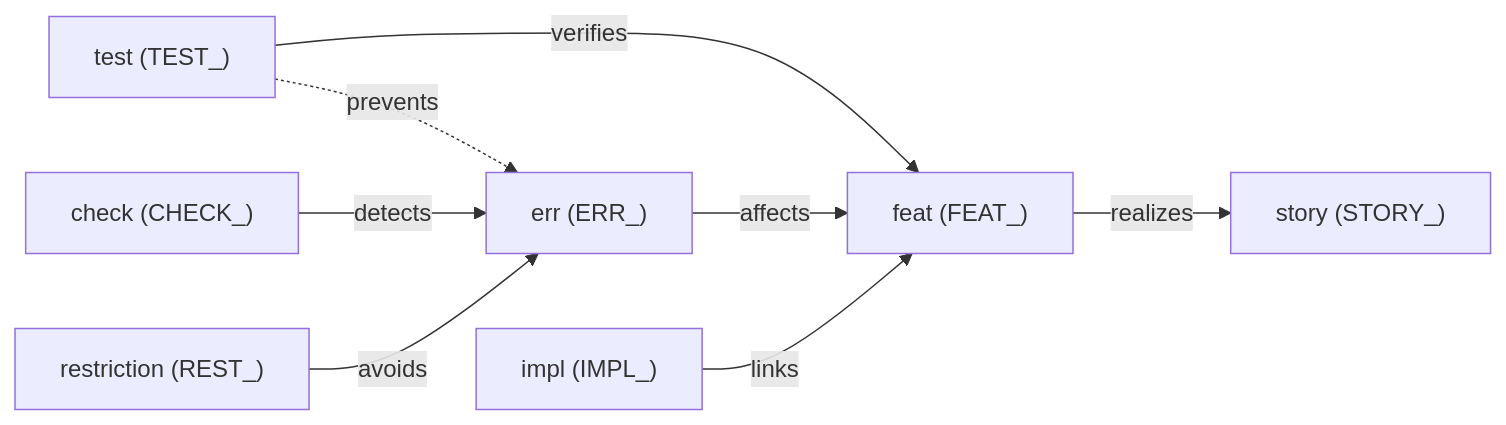
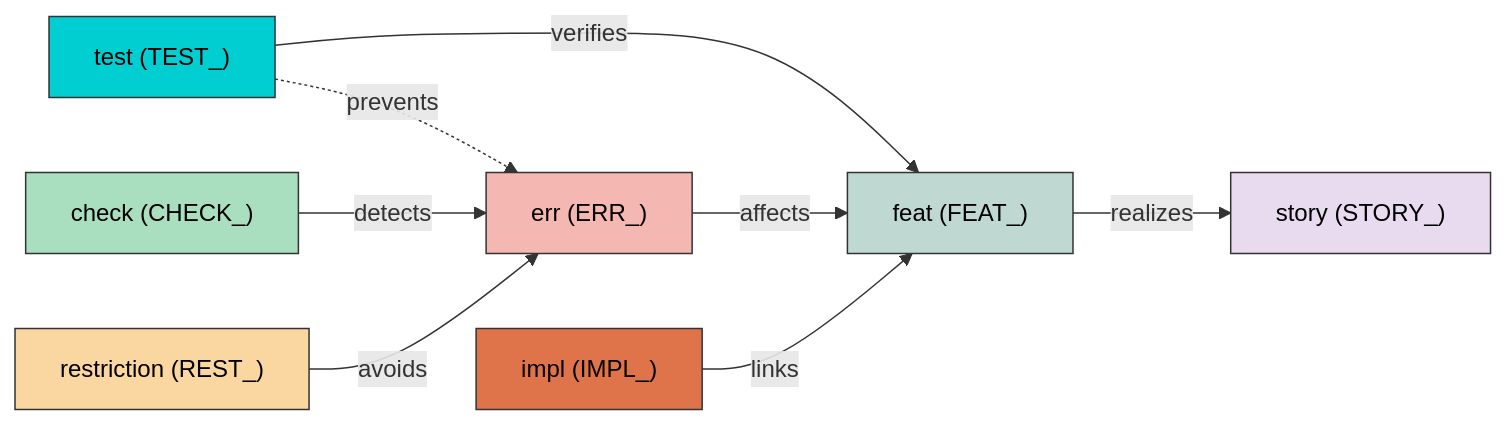
Before and after one commit to useblocks/sphinx-mounts: the diagram in docs/source/specs/approach.rst, drawn with Mermaid. The commit also changed 1 other file, not shown here.

Commit message:
🎨 Color the trace diagram to match need-type colors
Style each node in the approach.rst Mermaid diagram with its need type's
declared color from ubproject.toml (story/feat/err/check/restriction/impl/test),
so the diagram is visually consistent with how needs render elsewhere. Also
normalize the `test` type color from the named `#DarkTurquoise` to the
equivalent hex `#00CED1` so the declared color and the diagram fill are
identical.

```diff
--- a/docs/source/specs/approach.rst
+++ b/docs/source/specs/approach.rst
@@ -12,18 +12,27 @@
 .. mermaid::
 
    flowchart LR
        test["test (TEST_)"]
        check["check (CHECK_)"]
        rest["restriction (REST_)"]
        err["err (ERR_)"]
        feat["feat (FEAT_)"]
        story["story (STORY_)"]
        impl["impl (IMPL_)"]
 
        test -->|verifies| feat
        test -.->|prevents| err
        check -->|detects| err
        rest -->|avoids| err
        err -->|affects| feat
        feat -->|realizes| story
        impl -->|links| feat
+
+       %% node fills match each need type's declared color in ubproject.toml
+       style story fill:#E8DAEF,stroke:#333,color:#000
+       style feat fill:#BFD8D2,stroke:#333,color:#000
+       style err fill:#F5B7B1,stroke:#333,color:#000
+       style check fill:#A9DFBF,stroke:#333,color:#000
+       style rest fill:#FAD7A0,stroke:#333,color:#000
+       style impl fill:#DF744A,stroke:#333,color:#000
+       style test fill:#00CED1,stroke:#333,color:#000
```
